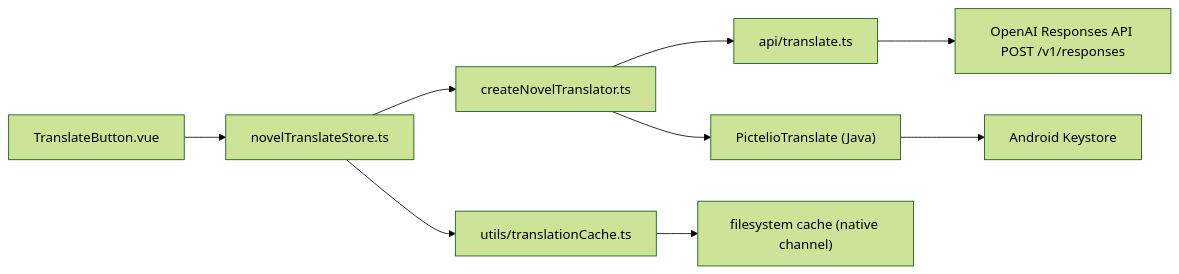
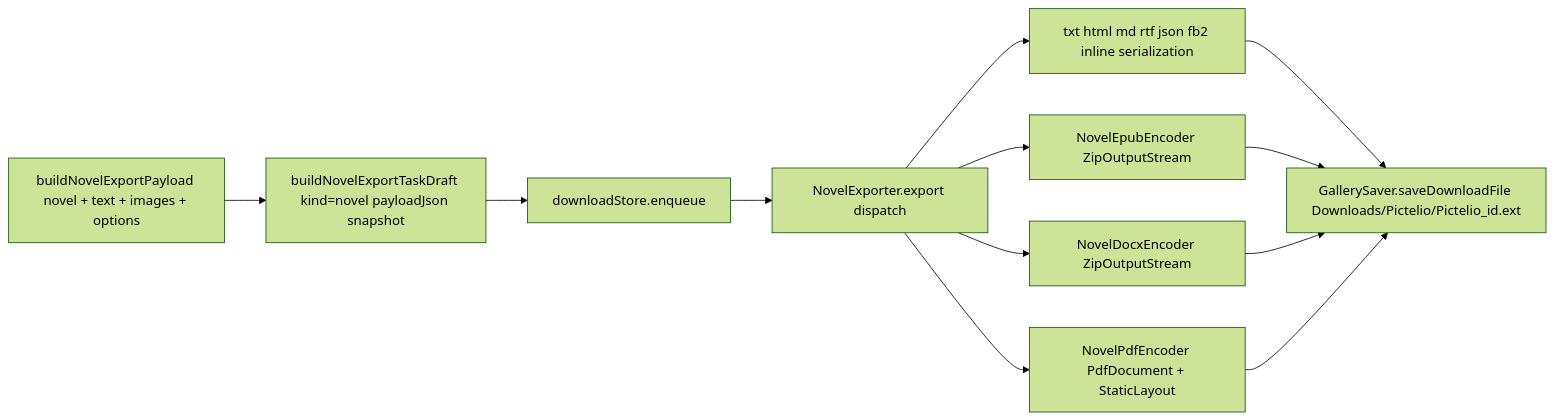
Before and after one commit to a1121611810/Pictelio: the second of 2 diagrams in openwiki/domain/novel-reader.md, drawn with Mermaid (forest theme). The commit also changed other lines of this file and 25 other files, not shown here.

````diff
--- a/openwiki/domain/novel-reader.md
+++ b/openwiki/domain/novel-reader.md
@@ -195,11 +215,14 @@
 ```mermaid
 flowchart LR
-    NBT["TranslateButton.vue"] --> NTS["novelTranslateStore.ts"]
-    NTS --> CT["createNovelTranslator.ts"]
-    CT --> TR["api/translate.ts"]
-    TR --> OAI["OpenAI Responses API POST /v1/responses"]
-    CT --> PT["PictelioTranslate (Java)"]
-    PT --> KS[Android Keystore]
-    NTS --> TC["utils/translationCache.ts"]
-    TC --> FS["filesystem cache (native channel)"]
+    PAYLOAD["buildNovelExportPayload novel + text + images + options"] --> DRAFT["buildNovelExportTaskDraft kind=novel payloadJson snapshot"]
+    DRAFT --> QUEUE["downloadStore.enqueue"]
+    QUEUE --> EXPORT["NovelExporter.export dispatch"]
+    EXPORT --> TEXT["txt html md rtf json fb2 inline serialization"]
+    EXPORT --> EPUB["NovelEpubEncoder ZipOutputStream"]
+    EXPORT --> DOCX["NovelDocxEncoder ZipOutputStream"]
+    EXPORT --> PDF["NovelPdfEncoder PdfDocument + StaticLayout"]
+    TEXT --> SAVE["GallerySaver.saveDownloadFile Downloads/Pictelio/Pictelio_id.ext"]
+    EPUB --> SAVE
+    DOCX --> SAVE
+    PDF --> SAVE
 ```
````
